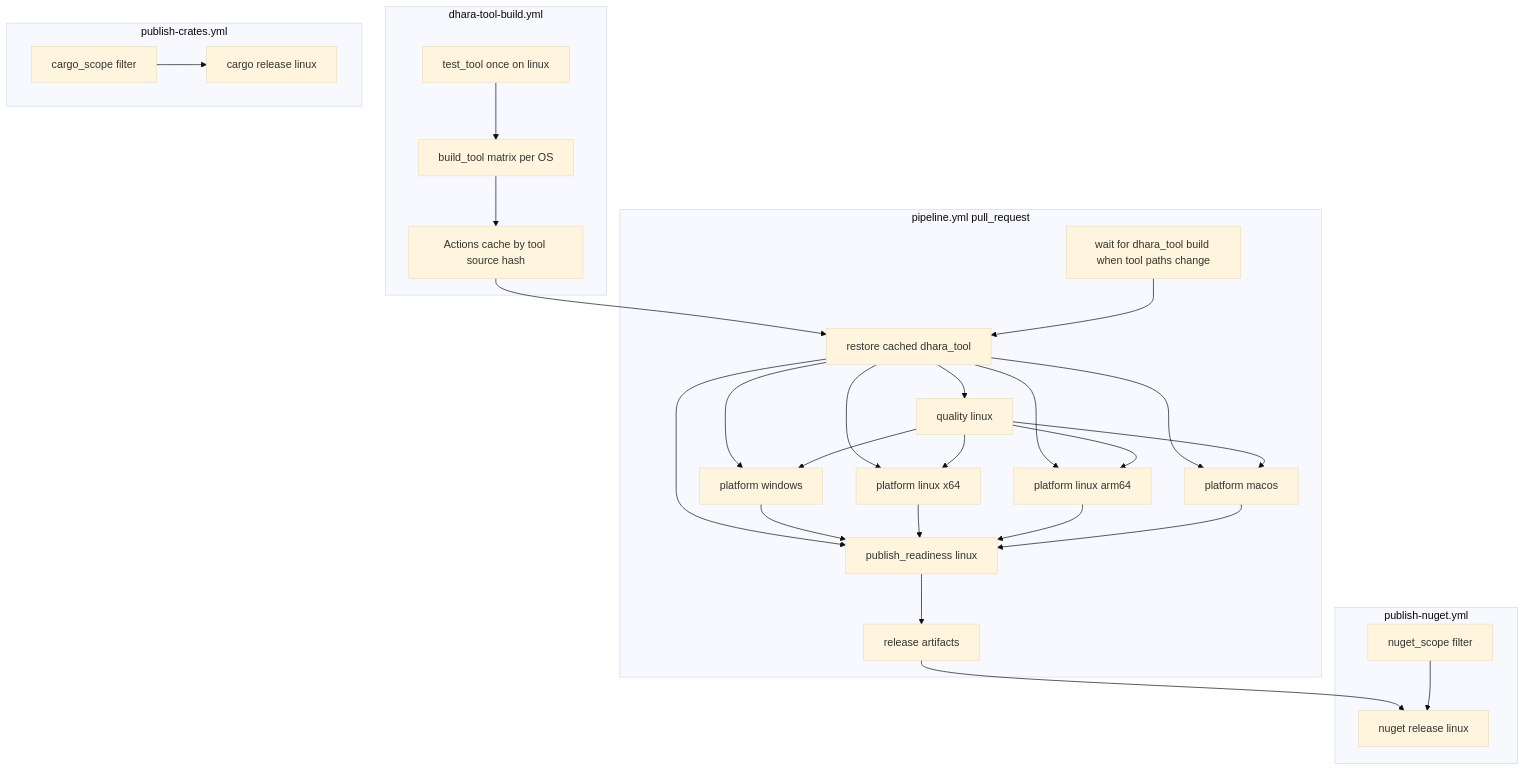
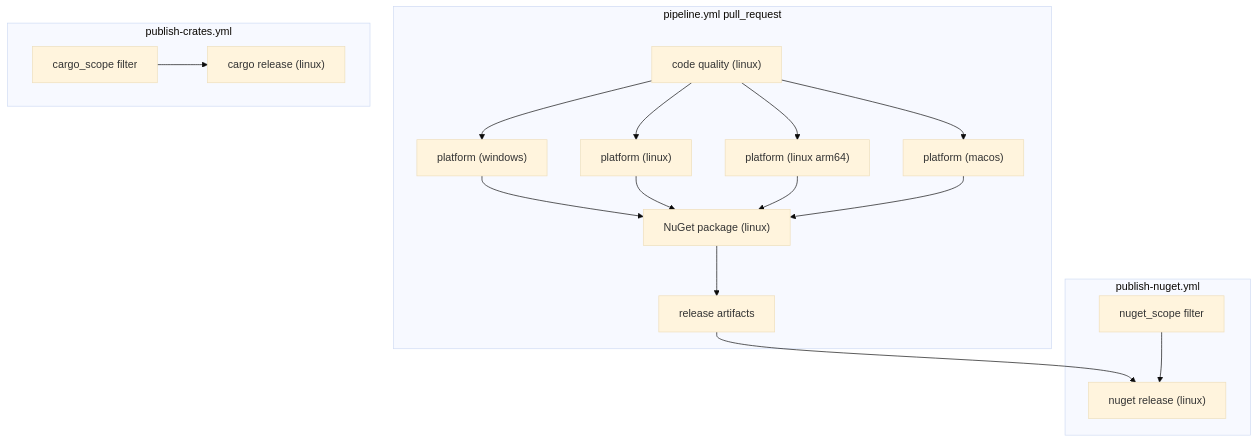
Before and after one commit to D-Naveenz/dhara_storage: the diagram in docs/ci-cd-pipelines.md, drawn with Mermaid (base theme). The commit also changed other lines of this file and 11 other files, not shown here.

First line of the commit message:
Consolidate CI into single pipeline with selective dhara_tool usage.

````diff
--- a/docs/ci-cd-pipelines.md
+++ b/docs/ci-cd-pipelines.md
@@ -21,38 +20,27 @@
 ```mermaid
 flowchart TB
-  subgraph tool_build ["dhara-tool-build.yml"]
-    TT[test_tool once on linux]
-    TB[build_tool matrix per OS]
-    CACHE[Actions cache by tool source hash]
-    TT --> TB --> CACHE
-  end
-
   subgraph pr ["pipeline.yml pull_request"]
-    WAIT[wait for dhara_tool build when tool paths change]
-    RST[restore cached dhara_tool]
-    Q[quality linux]
-    PW[platform windows]
-    PL[platform linux x64]
-    PLA[platform linux arm64]
-    PM[platform macos]
-    PR[publish_readiness linux]
-    CACHE --> RST
-    WAIT --> RST
-    RST --> Q & PW & PL & PLA & PM & PR
-    Q --> PW & PL & PLA & PM --> PR
-    PR --> ART[release artifacts]
+    Q["code quality (linux)"]
+    PW["platform (windows)"]
+    PL["platform (linux)"]
+    PLA["platform (linux arm64)"]
+    PM["platform (macos)"]
+    PACK["NuGet package (linux)"]
+    Q --> PW & PL & PLA & PM
+    PW & PL & PLA & PM --> PACK
+    PACK --> ART[release artifacts]
   end
 
   subgraph cd_cargo ["publish-crates.yml"]
     FC[cargo_scope filter]
-    CR[cargo release linux]
+    CR["cargo release (linux)"]
     FC --> CR
   end
 
   subgraph cd_nuget ["publish-nuget.yml"]
     FN[nuget_scope filter]
-    NU[nuget release linux]
+    NU["nuget release (linux)"]
     ART --> NU
     FN --> NU
   end
 ```
````
